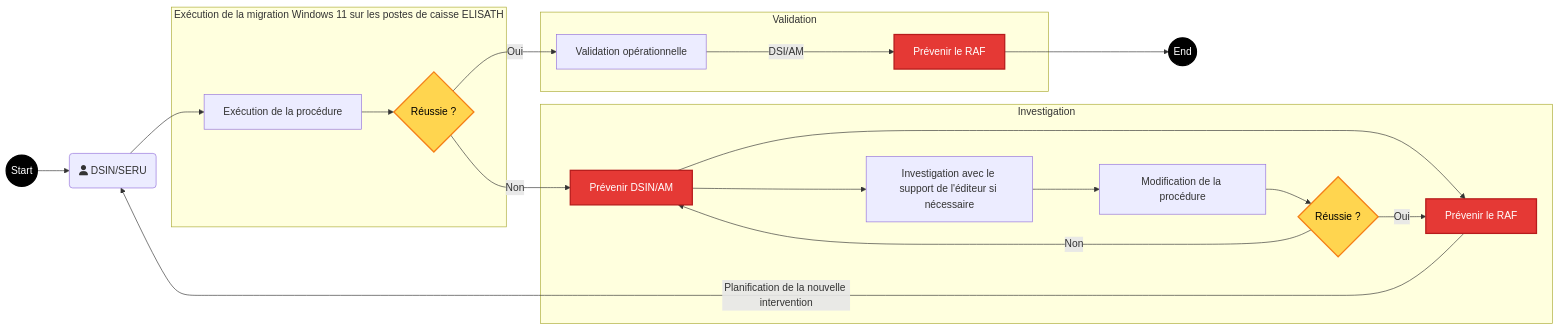
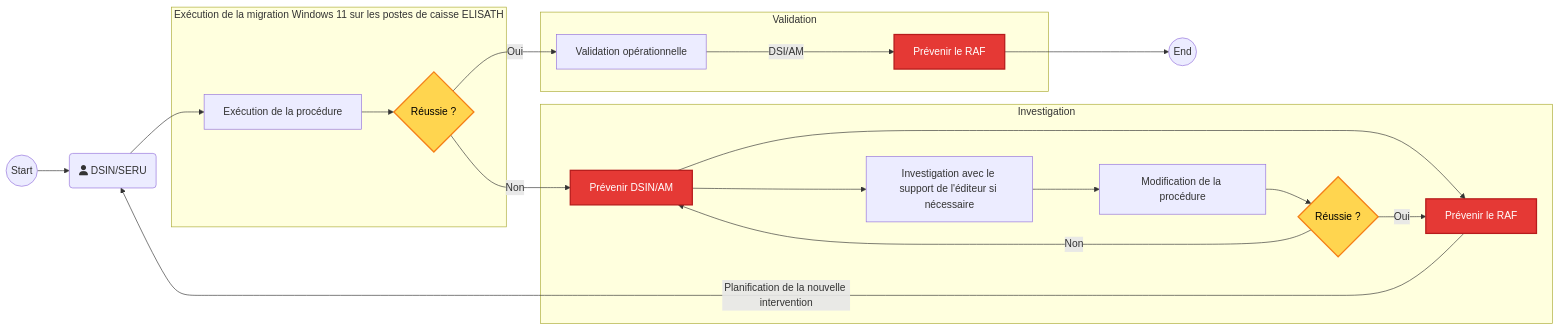
Before and after one commit to fdadda/iodraw-files: the diagram in all/Flux de validation.md, drawn with Mermaid.

Commit message:
2026-05-12 09:48:09 update

````diff
--- a/all/Flux de validation.md
+++ b/all/Flux de validation.md
@@ -1,39 +1,39 @@
 ```mermaid
 flowchart LR
 
     start((Start)) --> A
     A(fa:fa-user DSIN/SERU) --> B[Exécution de la procédure]
 
     subgraph Exécution de la migration Windows 11 sur les postes de caisse ELISATH
         B --> C{Réussie ?}
     end
 
     subgraph Validation
         C -->|Oui| D[Validation opérationnelle]
         D -->|DSI/AM| J[Prévenir le RAF]
     end
 
     J --> End((End))
 
     subgraph Investigation
         C -->|Non| E[Prévenir DSIN/AM]
         E --> F[Prévenir le RAF]
         E --> G[Investigation avec le support de l'éditeur si nécessaire]
         G --> H[Modification de la procédure]
         H --> I{Réussie ?}
         I -->|Oui| F
         I -->|Non| E
     end
 
     F -->|Planification de la nouvelle intervention| A
 
     %% --- STYLES ---
-    classDef start fill:#000,stroke:#000,color:#fff,stroke-width:2px;
+    classDef endPo fill:#000,stroke:#000,color:#fff,stroke-width:2px;
     classDef decision fill:#ffd54f,stroke:#f57f17,color:#000,stroke-width:2px;
     classDef error fill:#e53935,stroke:#b71c1c,color:#fff,stroke-width:2px;
 
     %% --- AFFECTATION DES CLASSES ---
     class start,End start;
     class C,I decision;
     class E,F,J error;
 ```
````
